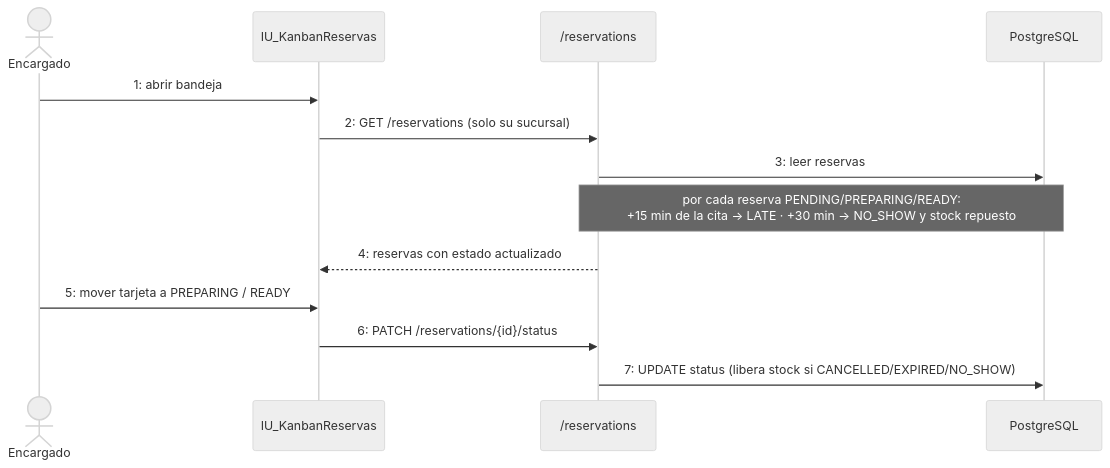
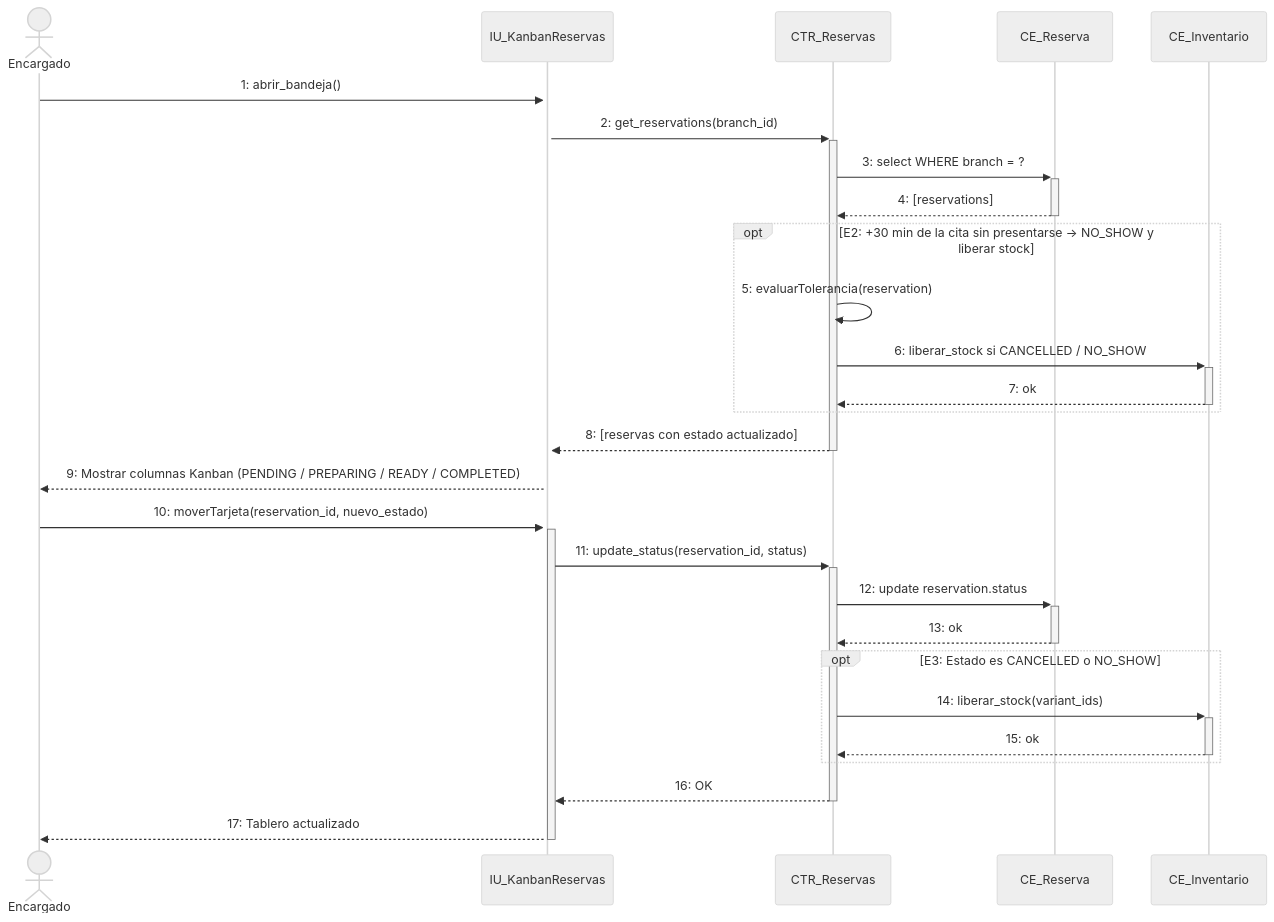
One commit to jc-larry/ecommerce changed diagram 25 of 38 in documentos/DOCUMENTACION_40_CASOS_DE_USO_DIAGRAMAS_SECUENCIA.md. Above: the diagram before and after it, drawn with Mermaid (neutral theme). The commit also changed other lines of this file and 148 other files, not shown here.

````diff
--- a/documentos/DOCUMENTACION_40_CASOS_DE_USO_DIAGRAMAS_SECUENCIA.md
+++ b/documentos/DOCUMENTACION_40_CASOS_DE_USO_DIAGRAMAS_SECUENCIA.md
@@ -1346,16 +1650,30 @@
 ```mermaid
 sequenceDiagram
     actor E as Encargado
     participant IU as IU_KanbanReservas
-    participant API as /reservations
-    participant DB as PostgreSQL
+    participant CTR as CTR_Reservas
+    participant CE_R as CE_Reserva
+    participant CE_I as CE_Inventario
 
-    E->>IU: 1: abrir bandeja
-    IU->>API: 2: GET /reservations (solo su sucursal)
-    API->>DB: 3: leer reservas
-    Note over API,DB: por cada reserva PENDING/PREPARING/READY:<br/>+15 min de la cita → LATE · +30 min → NO_SHOW y stock repuesto
-    API-->>IU: 4: reservas con estado actualizado
-    E->>IU: 5: mover tarjeta a PREPARING / READY
-    IU->>API: 6: PATCH /reservations/{id}/status
-    API->>DB: 7: UPDATE status (libera stock si CANCELLED/EXPIRED/NO_SHOW)
+    E->>+IU: 1: abrir_bandeja()
+    IU->>+CTR: 2: get_reservations(branch_id)
+    CTR->>+CE_R: 3: select WHERE branch = ?
+    CE_R-->>-CTR: 4: [reservations]
+    opt E2: +30 min de la cita sin presentarse -> NO_SHOW y liberar stock
+        CTR->>CTR: 5: evaluarTolerancia(reservation)
+        CTR->>+CE_I: 6: liberar_stock si CANCELLED / NO_SHOW
+        CE_I-->>-CTR: 7: ok
+    end
+    CTR-->>-IU: 8: [reservas con estado actualizado]
+    IU-->>E: 9: Mostrar columnas Kanban (PENDING / PREPARING / READY / COMPLETED)
+    E->>+IU: 10: moverTarjeta(reservation_id, nuevo_estado)
+    IU->>+CTR: 11: update_status(reservation_id, status)
+    CTR->>+CE_R: 12: update reservation.status
+    CE_R-->>-CTR: 13: ok
+    opt E3: Estado es CANCELLED o NO_SHOW
+        CTR->>+CE_I: 14: liberar_stock(variant_ids)
+        CE_I-->>-CTR: 15: ok
+    end
+    CTR-->>-IU: 16: OK
+    IU-->>-E: 17: Tablero actualizado
 ```
````
